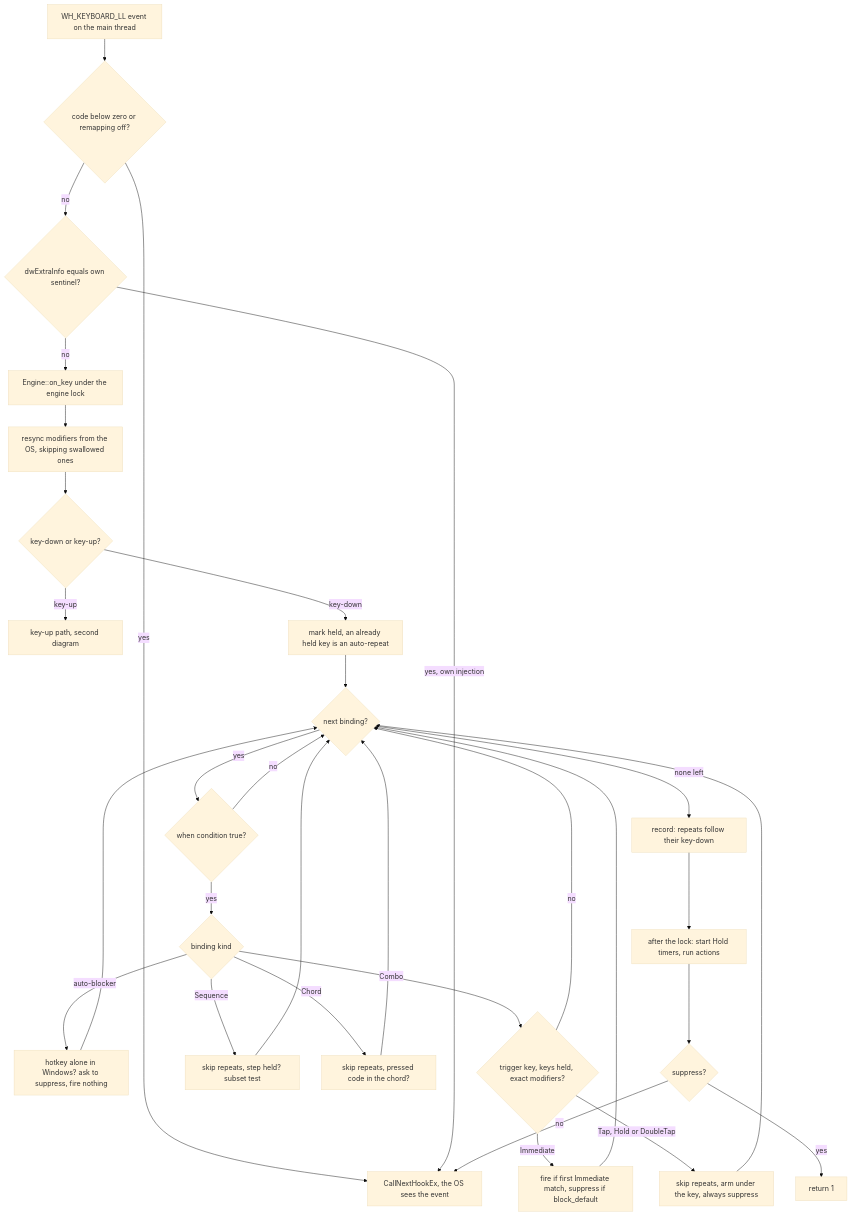
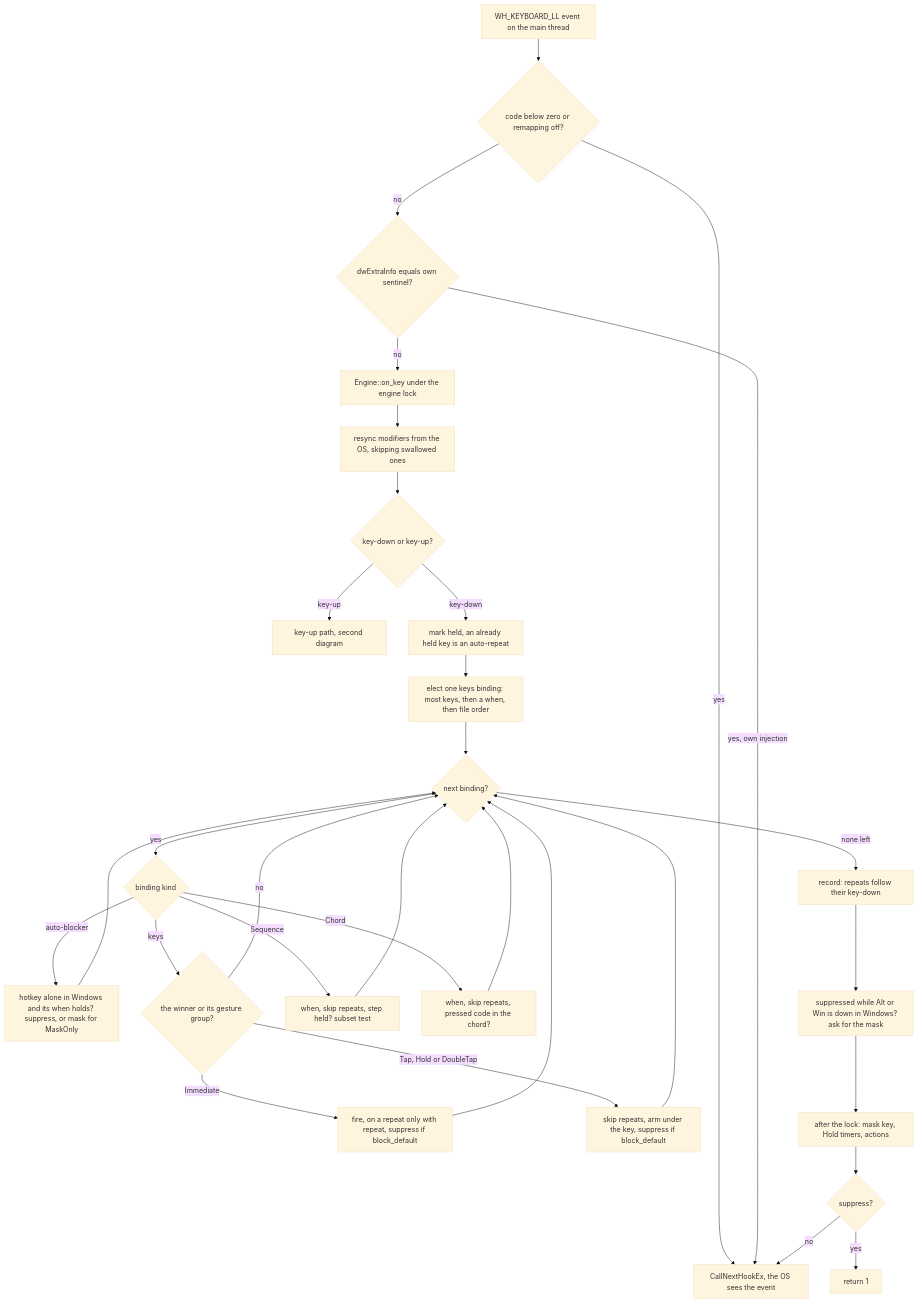
One commit to bluesteelll/key-switch-rs changed the third of 7 diagrams in book/src/architecture.md. Above: the diagram before and after it, drawn with Mermaid (base theme). The commit also changed other lines of this file and 19 other files, not shown here.

First line of the commit message:
Book: describe master after roadmap Phase 1 (20af28d)

````diff
--- a/book/src/architecture.md
+++ b/book/src/architecture.md
@@ -220,33 +243,33 @@
 ```mermaid
 flowchart TD
     EV["WH_KEYBOARD_LL event on the main thread"] --> C0{"code below zero or remapping off?"}
     C0 -->|"yes"| PASS["CallNextHookEx, the OS sees the event"]
     C0 -->|"no"| SEN{"dwExtraInfo equals own sentinel?"}
     SEN -->|"yes, own injection"| PASS
     SEN -->|"no"| LOCK["Engine::on_key under the engine lock"]
     LOCK --> SYNC["resync modifiers from the OS, skipping swallowed ones"]
     SYNC --> DIR{"key-down or key-up?"}
     DIR -->|"key-up"| UPREF["key-up path, second diagram"]
     DIR -->|"key-down"| REP["mark held, an already held key is an auto-repeat"]
-    REP --> NEXT{"next binding?"}
-    NEXT -->|"yes"| CND{"when condition true?"}
-    CND -->|"no"| NEXT
-    CND -->|"yes"| KND{"binding kind"}
-    KND -->|"auto-blocker"| BLK["hotkey alone in Windows? ask to suppress, fire nothing"]
-    KND -->|"Combo"| MT{"trigger key, keys held, exact modifiers?"}
+    REP --> WIN["elect one keys binding: most keys, then a when, then file order"]
+    WIN --> NEXT{"next binding?"}
+    NEXT -->|"yes"| KND{"binding kind"}
+    KND -->|"auto-blocker"| BLK["hotkey alone in Windows and its when holds? suppress, or mask for MaskOnly"]
+    KND -->|"keys"| MT{"the winner or its gesture group?"}
     MT -->|"no"| NEXT
-    MT -->|"Immediate"| IMM["fire if first Immediate match, suppress if block_default"]
-    MT -->|"Tap, Hold or DoubleTap"| DEF["skip repeats, arm under the key, always suppress"]
-    KND -->|"Sequence"| SQ["skip repeats, step held? subset test"]
-    KND -->|"Chord"| CH["skip repeats, pressed code in the chord?"]
+    MT -->|"Immediate"| IMM["fire, on a repeat only with repeat, suppress if block_default"]
+    MT -->|"Tap, Hold or DoubleTap"| DEF["skip repeats, arm under the key, suppress if block_default"]
+    KND -->|"Sequence"| SQ["when, skip repeats, step held? subset test"]
+    KND -->|"Chord"| CH["when, skip repeats, pressed code in the chord?"]
     BLK --> NEXT
     IMM --> NEXT
     DEF --> NEXT
     SQ --> NEXT
     CH --> NEXT
     NEXT -->|"none left"| REC["record: repeats follow their key-down"]
-    REC --> OUT["after the lock: start Hold timers, run actions"]
+    REC --> MSK["suppressed while Alt or Win is down in Windows? ask for the mask"]
+    MSK --> OUT["after the lock: mask key, Hold timers, actions"]
     OUT --> SUP{"suppress?"}
     SUP -->|"yes"| DROP["return 1"]
     SUP -->|"no"| PASS
 ```
````
